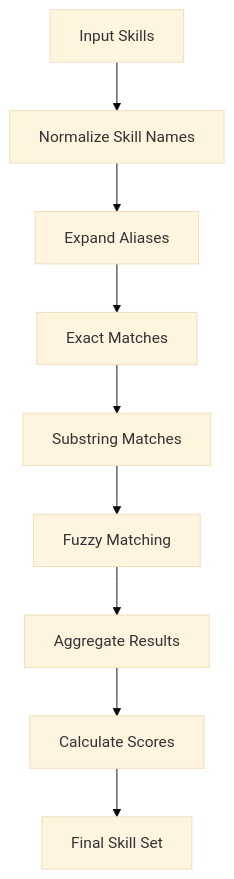
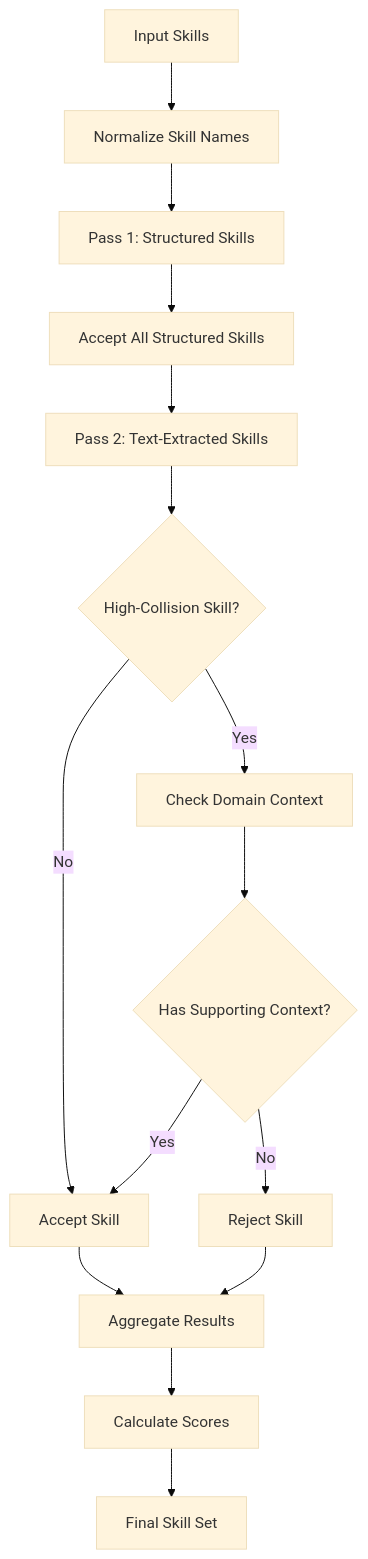
Before and after one commit to Revanththetalogics/aireume: the seventh of 10 diagrams in .qoder/repowiki/en/content/Hybrid Pipeline.md, drawn with Mermaid (base theme). The commit also changed other lines of this file and 11 other files, not shown here.

````diff
--- a/.qoder/repowiki/en/content/Hybrid Pipeline.md
+++ b/.qoder/repowiki/en/content/Hybrid Pipeline.md
@@ -482,11 +497,17 @@
 ```mermaid
 flowchart TD
 Input[Input Skills] --> Normalize[Normalize Skill Names]
-Normalize --> ExpandAliases[Expand Aliases]
-ExpandAliases --> ExactMatch[Exact Matches]
-ExactMatch --> SubstringMatch[Substring Matches]
-SubstringMatch --> FuzzyMatch[Fuzzy Matching]
-FuzzyMatch --> Aggregate[Aggregate Results]
+Normalize --> Pass1[Pass 1: Structured Skills]
+Pass1 --> Accept1[Accept All Structured Skills]
+Accept1 --> Pass2[Pass 2: Text-Extracted Skills]
+Pass2 --> CheckCollision{High-Collision Skill?}
+CheckCollision --> |No| Accept2[Accept Skill]
+CheckCollision --> |Yes| CheckContext[Check Domain Context]
+CheckContext --> HasContext{Has Supporting Context?}
+HasContext --> |Yes| Accept2
+HasContext --> |No| Reject[Reject Skill]
+Accept2 --> Aggregate[Aggregate Results]
+Reject --> Aggregate
 Aggregate --> Score[Calculate Scores]
 Score --> Output[Final Skill Set]
 ```
````
